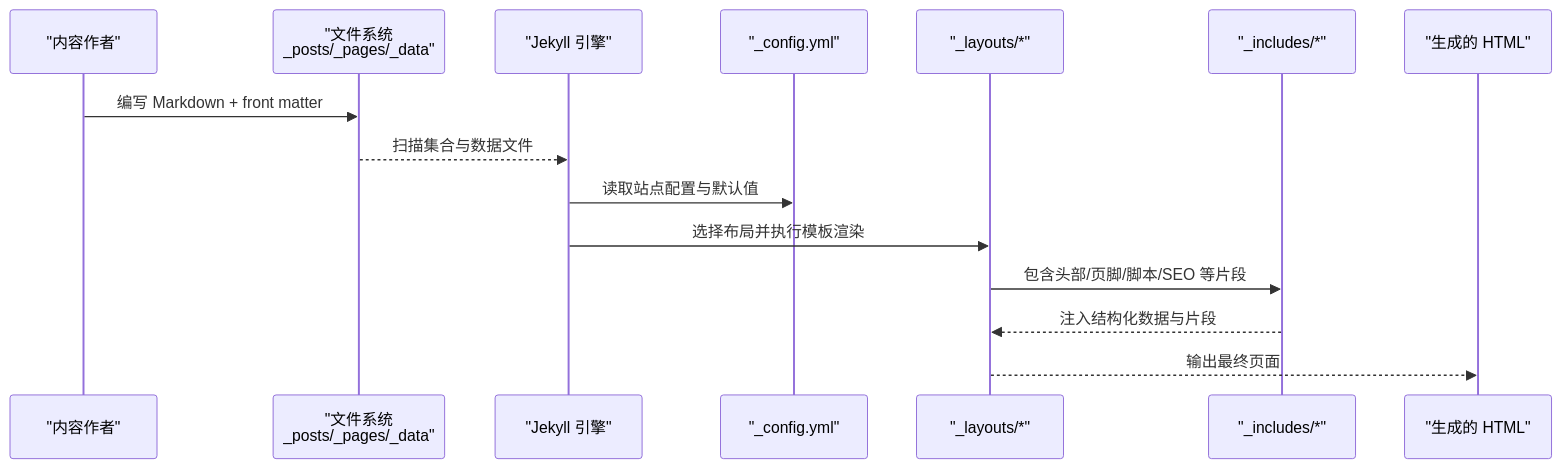
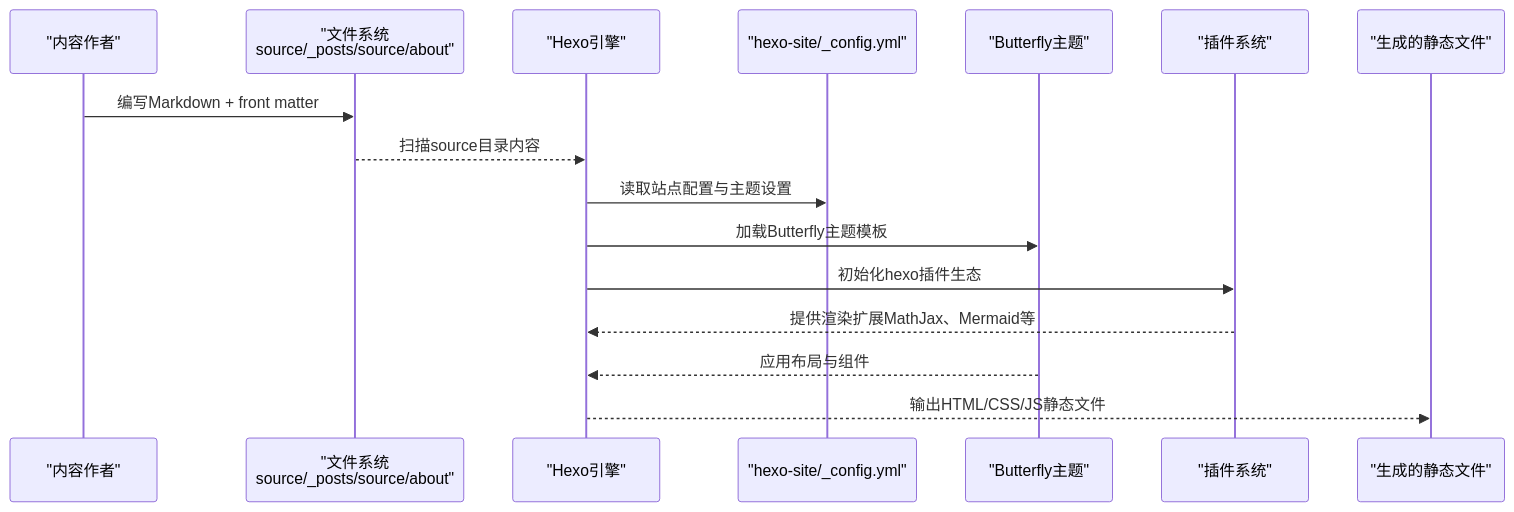
One commit to CoolPig0720/CoolPig0720.github.io changed the second of 5 diagrams in .qoder/repowiki/zh/content/项目概述/架构设计.md. Above: the diagram before and after it, drawn with Mermaid. The commit also changed other lines of this file and 36 other files, not shown here.

````diff
--- a/.qoder/repowiki/zh/content/项目概述/架构设计.md
+++ b/.qoder/repowiki/zh/content/项目概述/架构设计.md
@@ -129,17 +121,18 @@
 ```mermaid
 sequenceDiagram
 participant Author as "内容作者"
-participant FS as "文件系统<br/>_posts/_pages/_data"
-participant J as "Jekyll 引擎"
-participant CFG as "_config.yml"
-participant L as "_layouts/*"
-participant INC as "_includes/*"
-participant OUT as "生成的 HTML"
-Author->>FS : 编写 Markdown + front matter
-FS-->>J : 扫描集合与数据文件
-J->>CFG : 读取站点配置与默认值
-J->>L : 选择布局并执行模板渲染
-L->>INC : 包含头部/页脚/脚本/SEO 等片段
-INC-->>L : 注入结构化数据与片段
-L-->>OUT : 输出最终页面
+participant FS as "文件系统<br/>source/_posts/source/about"
+participant H as "Hexo引擎"
+participant CFG as "hexo-site/_config.yml"
+participant THEME as "Butterfly主题"
+participant PLUGINS as "插件系统"
+participant OUT as "生成的静态文件"
+Author->>FS : 编写Markdown + front matter
+FS-->>H : 扫描source目录内容
+H->>CFG : 读取站点配置与主题设置
+H->>THEME : 加载Butterfly主题模板
+H->>PLUGINS : 初始化hexo插件生态
+PLUGINS-->>H : 提供渲染扩展MathJax、Mermaid等
+THEME-->>H : 应用布局与组件
+H-->>OUT : 输出HTML/CSS/JS静态文件
 ```
````
